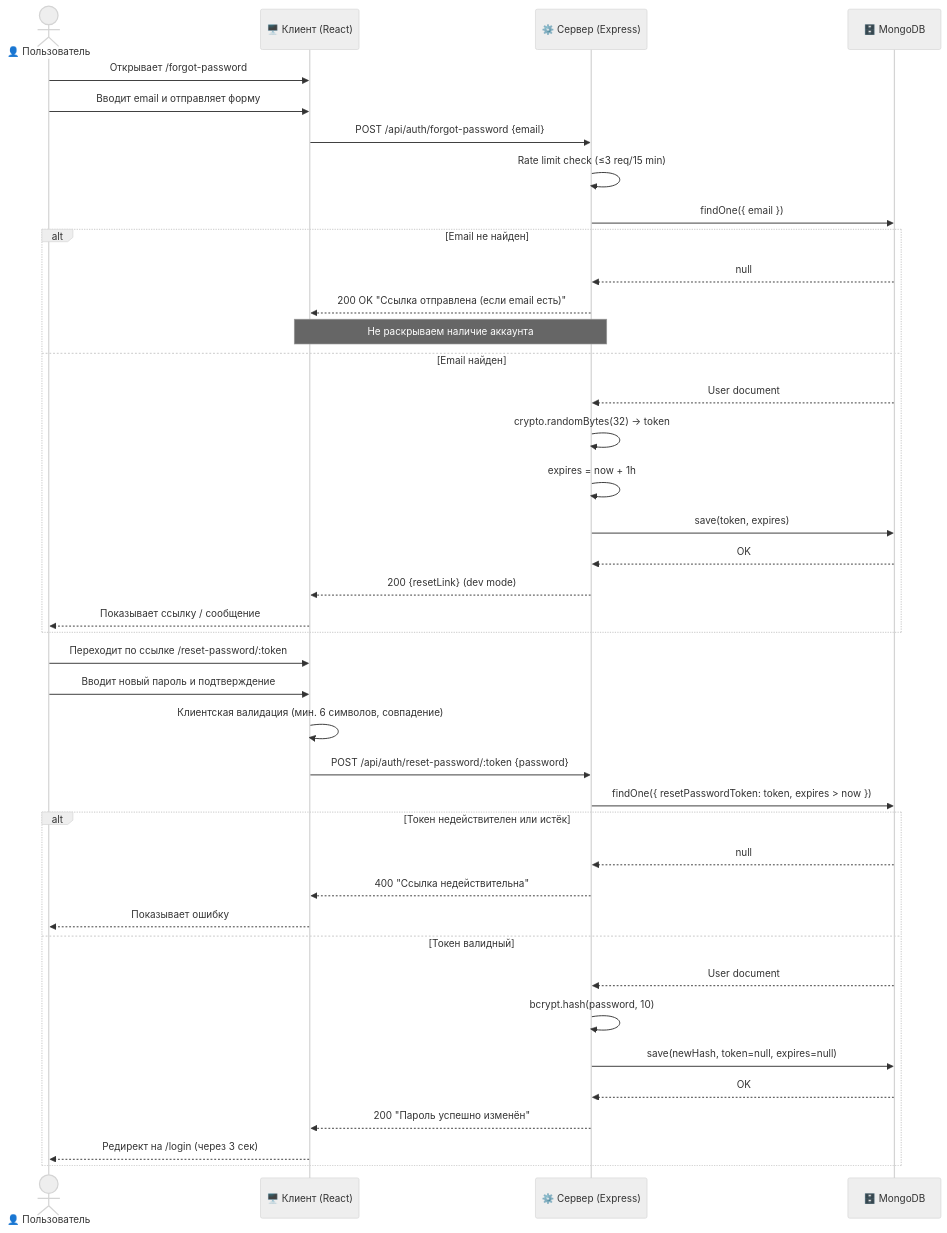
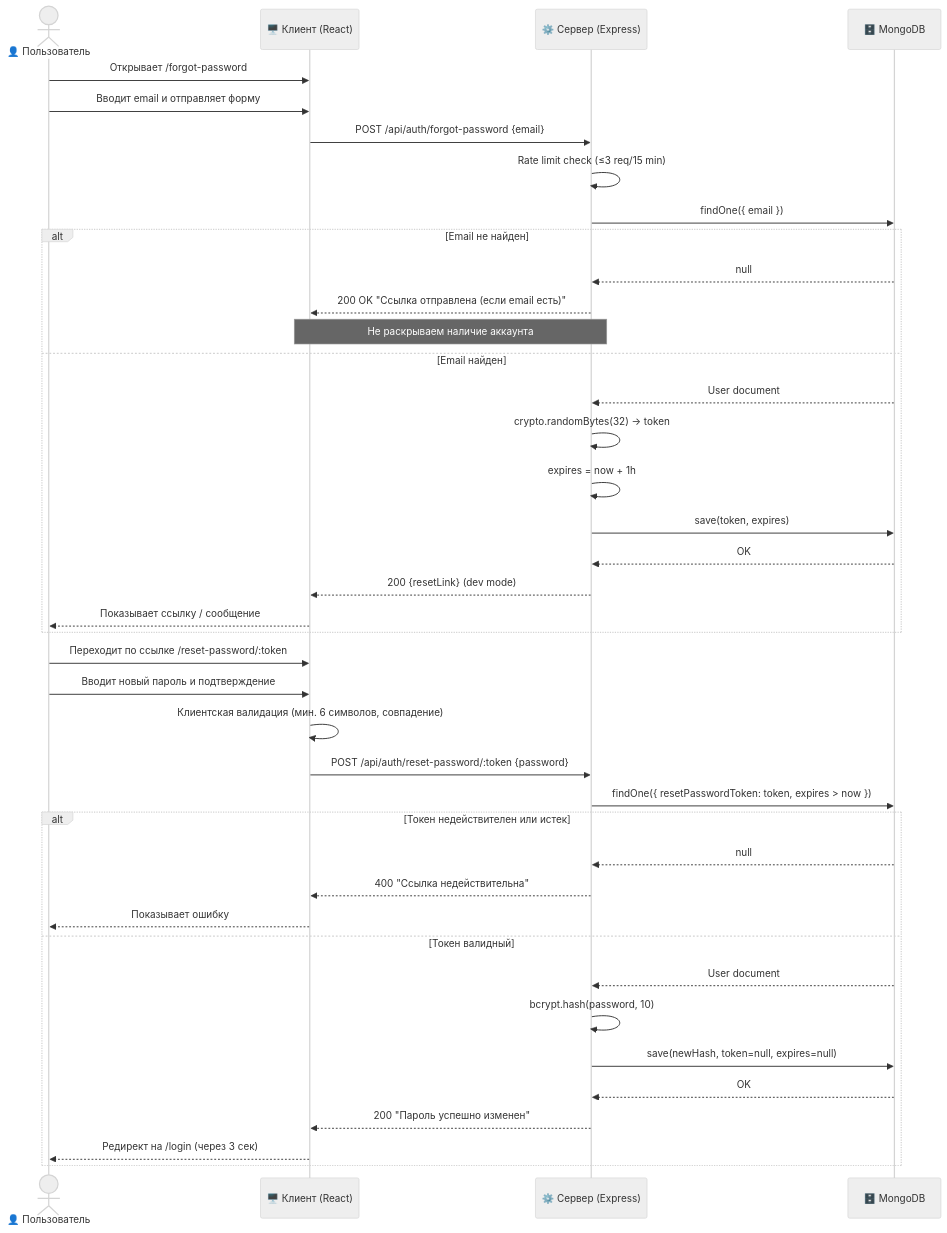
Before and after one commit to ogSulem/Fitness-tracker: the fourth of 5 diagrams in diploma.md, drawn with Mermaid (neutral theme). The commit also changed other lines of this file, not shown here.

````diff
--- a/diploma.md
+++ b/diploma.md
@@ -733,44 +747,44 @@
 ```mermaid
 sequenceDiagram
     actor U as 👤 Пользователь
     participant C as 🖥️ Клиент (React)
     participant S as ⚙️ Сервер (Express)
     participant DB as 🗄️ MongoDB
 
     U->>C: Открывает /forgot-password
     U->>C: Вводит email и отправляет форму
     C->>S: POST /api/auth/forgot-password {email}
     S->>S: Rate limit check (≤3 req/15 min)
     S->>DB: findOne({ email })
     alt Email не найден
         DB-->>S: null
         S-->>C: 200 OK "Ссылка отправлена (если email есть)"
         Note over S,C: Не раскрываем наличие аккаунта
     else Email найден
         DB-->>S: User document
         S->>S: crypto.randomBytes(32) → token
         S->>S: expires = now + 1h
         S->>DB: save(token, expires)
         DB-->>S: OK
         S-->>C: 200 {resetLink} (dev mode)
         C-->>U: Показывает ссылку / сообщение
     end
 
     U->>C: Переходит по ссылке /reset-password/:token
     U->>C: Вводит новый пароль и подтверждение
     C->>C: Клиентская валидация (мин. 6 символов, совпадение)
     C->>S: POST /api/auth/reset-password/:token {password}
     S->>DB: findOne({ resetPasswordToken: token, expires > now })
-    alt Токен недействителен или истёк
+    alt Токен недействителен или истек
         DB-->>S: null
         S-->>C: 400 "Ссылка недействительна"
         C-->>U: Показывает ошибку
     else Токен валидный
         DB-->>S: User document
         S->>S: bcrypt.hash(password, 10)
         S->>DB: save(newHash, token=null, expires=null)
         DB-->>S: OK
-        S-->>C: 200 "Пароль успешно изменён"
+        S-->>C: 200 "Пароль успешно изменен"
         C-->>U: Редирект на /login (через 3 сек)
     end
 ```
````
